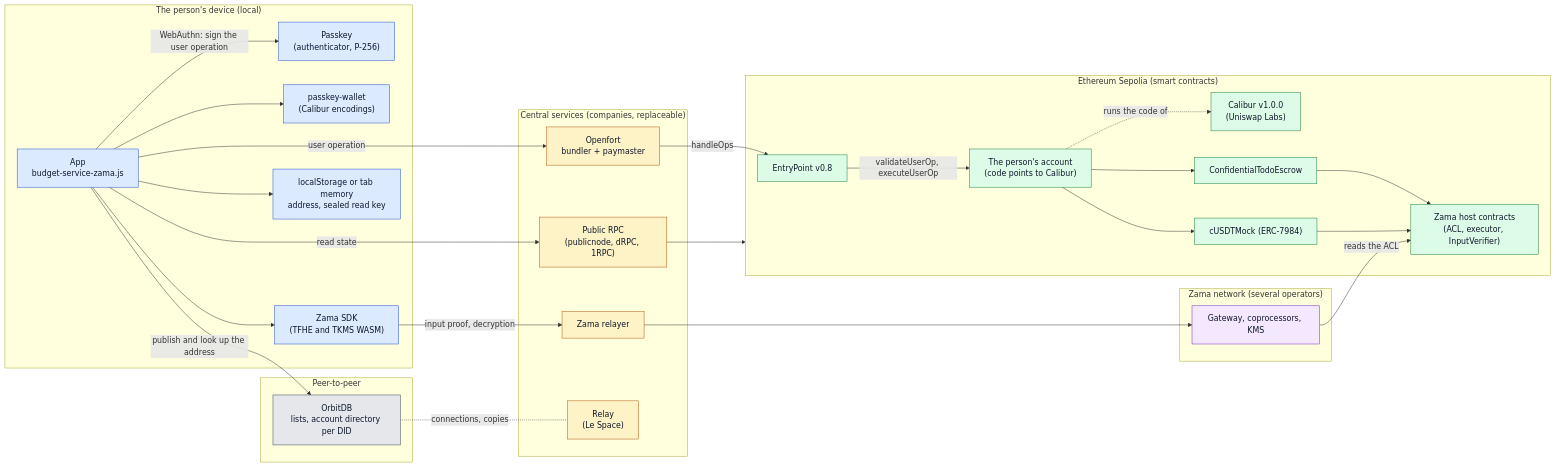
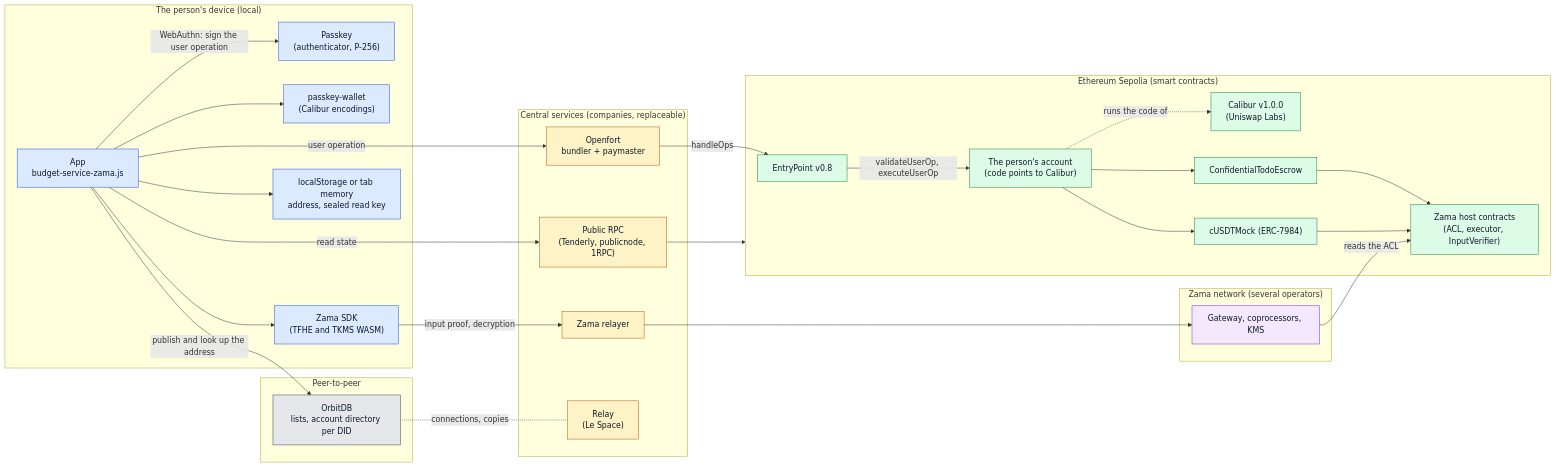
The first of 7 diagrams in apps/escrow01/docs/passkey-account.md (Le-Space/simple-todo), drawn with Mermaid before and after one commit. The commit also changed other lines of this file and 3 other files, not shown here.

````diff
--- a/apps/escrow01/docs/passkey-account.md
+++ b/apps/escrow01/docs/passkey-account.md
@@ -62,61 +62,61 @@
 ```mermaid
 flowchart LR
   subgraph Device["The person's device (local)"]
     Authenticator["Passkey<br/>(authenticator, P-256)"]
     App["App<br/>budget-service-zama.js"]
     Wallet["passkey-wallet<br/>(Calibur encodings)"]
     SDK["Zama SDK<br/>(TFHE and TKMS WASM)"]
     Store["localStorage or tab memory<br/>address, sealed read key"]
   end
   subgraph Central["Central services (companies, replaceable)"]
     Openfort["Openfort<br/>bundler + paymaster"]
-    RPC["Public RPC<br/>(publicnode, dRPC, 1RPC)"]
+    RPC["Public RPC<br/>(Tenderly, publicnode, 1RPC)"]
     Relayer["Zama relayer"]
     Relay["Relay<br/>(Le Space)"]
   end
   subgraph Sepolia["Ethereum Sepolia (smart contracts)"]
     EP["EntryPoint v0.8"]
     Account["The person's account<br/>(code points to Calibur)"]
     Calibur["Calibur v1.0.0<br/>(Uniswap Labs)"]
     Escrow["ConfidentialTodoEscrow"]
     Token["cUSDTMock (ERC-7984)"]
     Host["Zama host contracts<br/>(ACL, executor, InputVerifier)"]
   end
   subgraph ZamaNet["Zama network (several operators)"]
     Gateway["Gateway, coprocessors, KMS"]
   end
   subgraph P2P["Peer-to-peer"]
     OrbitDB["OrbitDB<br/>lists, account directory per DID"]
   end
 
   App -- "WebAuthn: sign the user operation" --> Authenticator
   App --> Wallet
   App --> SDK
   App --> Store
   App -- "user operation" --> Openfort
   App -- "read state" --> RPC
   RPC --> Sepolia
   Openfort -- "handleOps" --> EP
   EP -- "validateUserOp, executeUserOp" --> Account
   Account -. "runs the code of" .-> Calibur
   Account --> Escrow
   Account --> Token
   Escrow --> Host
   Token --> Host
   SDK -- "input proof, decryption" --> Relayer
   Relayer --> Gateway
   Gateway -- "reads the ACL" --> Host
   App -- "publish and look up the address" --> OrbitDB
   OrbitDB -. "connections, copies" .- Relay
 
   classDef local fill:#dbeafe,stroke:#1d4ed8,color:#0f172a
   classDef central fill:#fef3c7,stroke:#b45309,color:#0f172a
   classDef chain fill:#dcfce7,stroke:#15803d,color:#0f172a
   classDef network fill:#f3e8ff,stroke:#7e22ce,color:#0f172a
   classDef p2p fill:#e5e7eb,stroke:#374151,color:#0f172a
   class Authenticator,App,Wallet,SDK,Store local
   class Openfort,RPC,Relayer,Relay central
   class EP,Account,Calibur,Escrow,Token,Host chain
   class Gateway network
   class OrbitDB p2p
 ```
````
